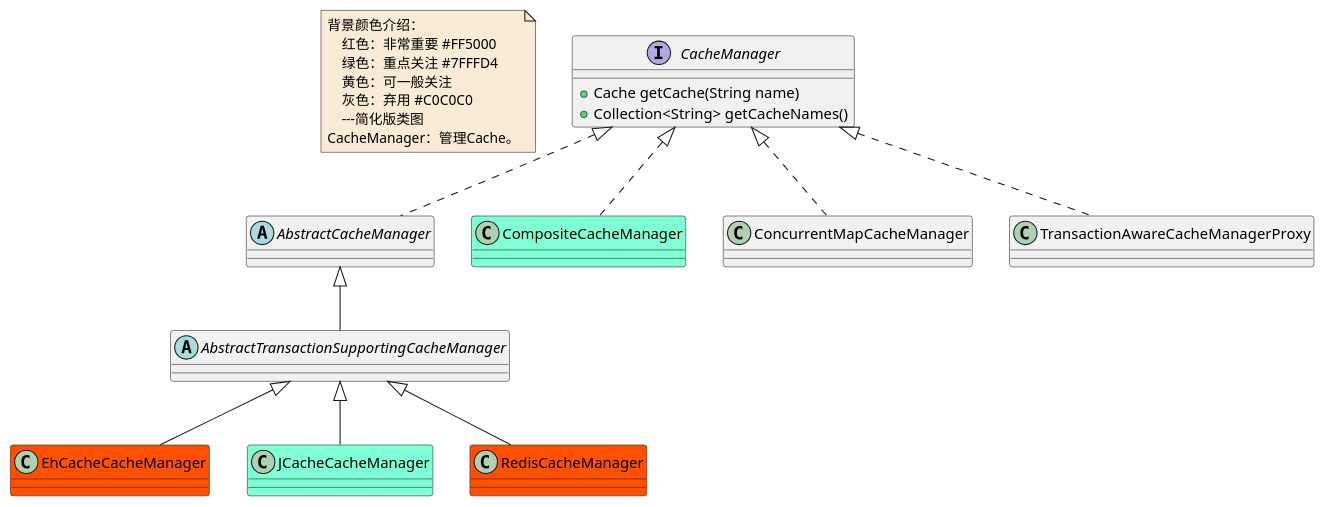
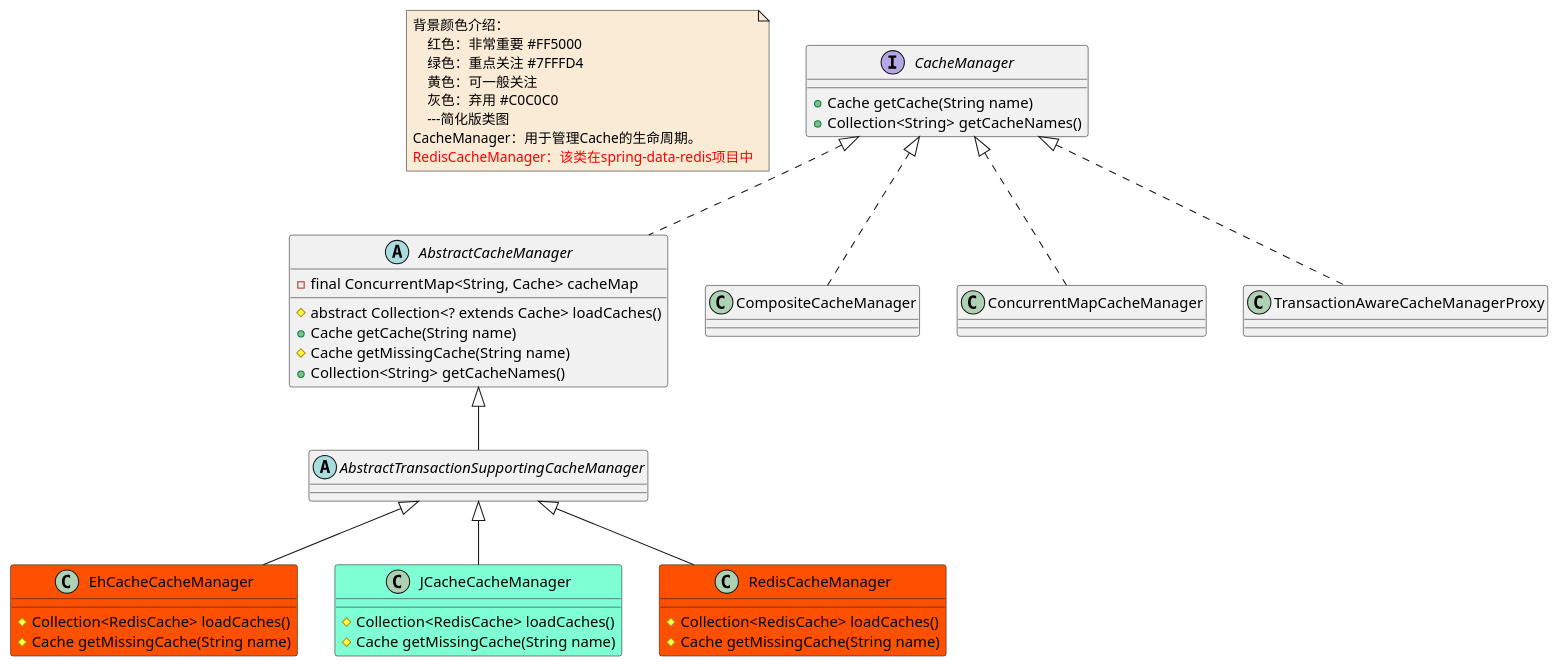
Before and after one commit to czwer/learn-spring-code: the diagram in document/spring/data/class/Cache-CacheManager-class.puml, drawn with PlantUML. The commit also changed 14 other files, not shown here.

Commit message:
修改缓存类图，时序图

```diff
--- a/document/spring/data/class/Cache-CacheManager-class.puml
+++ b/document/spring/data/class/Cache-CacheManager-class.puml
@@ -1,42 +1,54 @@
 @startuml
 
 note  as N1 #FAEBD7
     背景颜色介绍：
         红色：非常重要 #FF5000
         绿色：重点关注 #7FFFD4
         黄色：可一般关注
         灰色：弃用 #C0C0C0
         ---简化版类图
-    CacheManager：管理Cache。
+    CacheManager：用于管理Cache的生命周期。
+    <font color=red>RedisCacheManager：该类在spring-data-redis项目中</font>
 end note
 
 
 interface CacheManager
 CacheManager : +Cache getCache(String name)
 CacheManager : +Collection<String> getCacheNames()
 abstract class AbstractCacheManager
+AbstractCacheManager : -final ConcurrentMap<String, Cache> cacheMap
+AbstractCacheManager : #abstract Collection<? extends Cache> loadCaches()
+AbstractCacheManager : +Cache getCache(String name)
+AbstractCacheManager : #Cache getMissingCache(String name)
+AbstractCacheManager : +Collection<String> getCacheNames()
 abstract class AbstractTransactionSupportingCacheManager
-class CompositeCacheManager #7FFFD4
+class CompositeCacheManager
 class ConcurrentMapCacheManager
 class EhCacheCacheManager #FF5000
+EhCacheCacheManager : #Collection<RedisCache> loadCaches()
+EhCacheCacheManager : #Cache getMissingCache(String name)
 class JCacheCacheManager #7FFFD4
+JCacheCacheManager : #Collection<RedisCache> loadCaches()
+JCacheCacheManager : #Cache getMissingCache(String name)
 class RedisCacheManager #FF5000
+RedisCacheManager : #Collection<RedisCache> loadCaches()
+RedisCacheManager : #Cache getMissingCache(String name)
 class TransactionAwareCacheManagerProxy
 
 
 AbstractCacheManager <|-- AbstractTransactionSupportingCacheManager
 
 
 AbstractTransactionSupportingCacheManager <|-- EhCacheCacheManager
 AbstractTransactionSupportingCacheManager <|-- JCacheCacheManager
 AbstractTransactionSupportingCacheManager <|-- RedisCacheManager
 
 
 CacheManager <|.. AbstractCacheManager
 CacheManager <|.. CompositeCacheManager
 CacheManager <|.. ConcurrentMapCacheManager
 CacheManager <|.. TransactionAwareCacheManagerProxy
 
 
 
 @enduml
```
